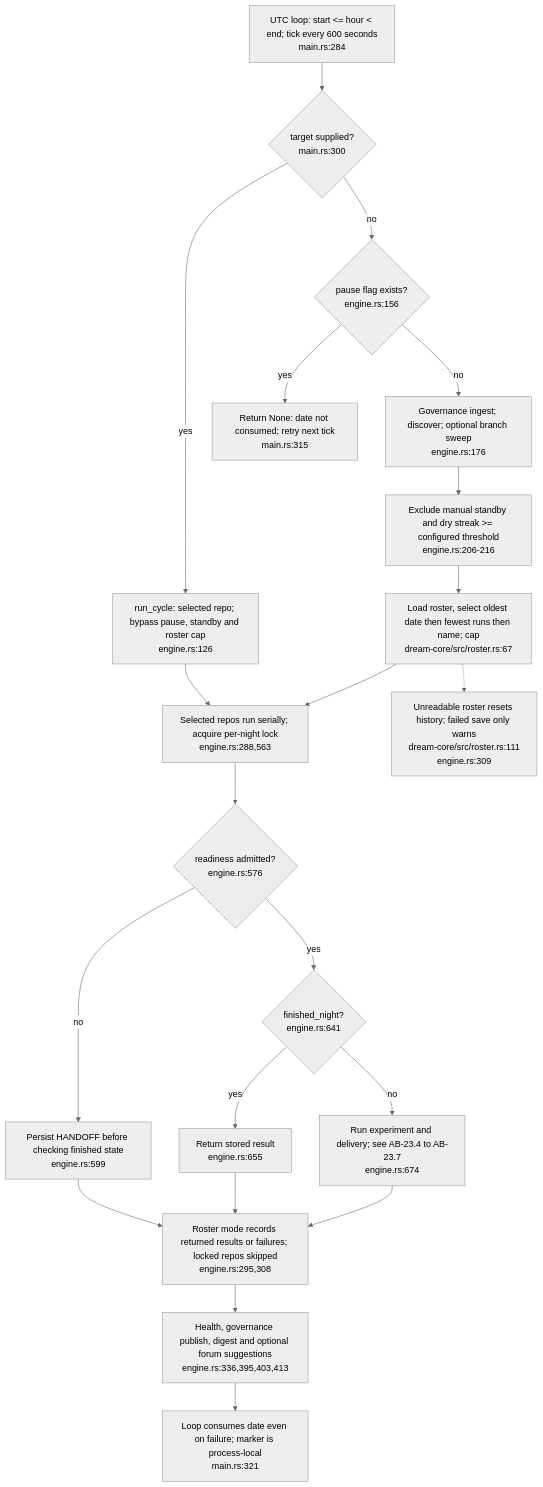
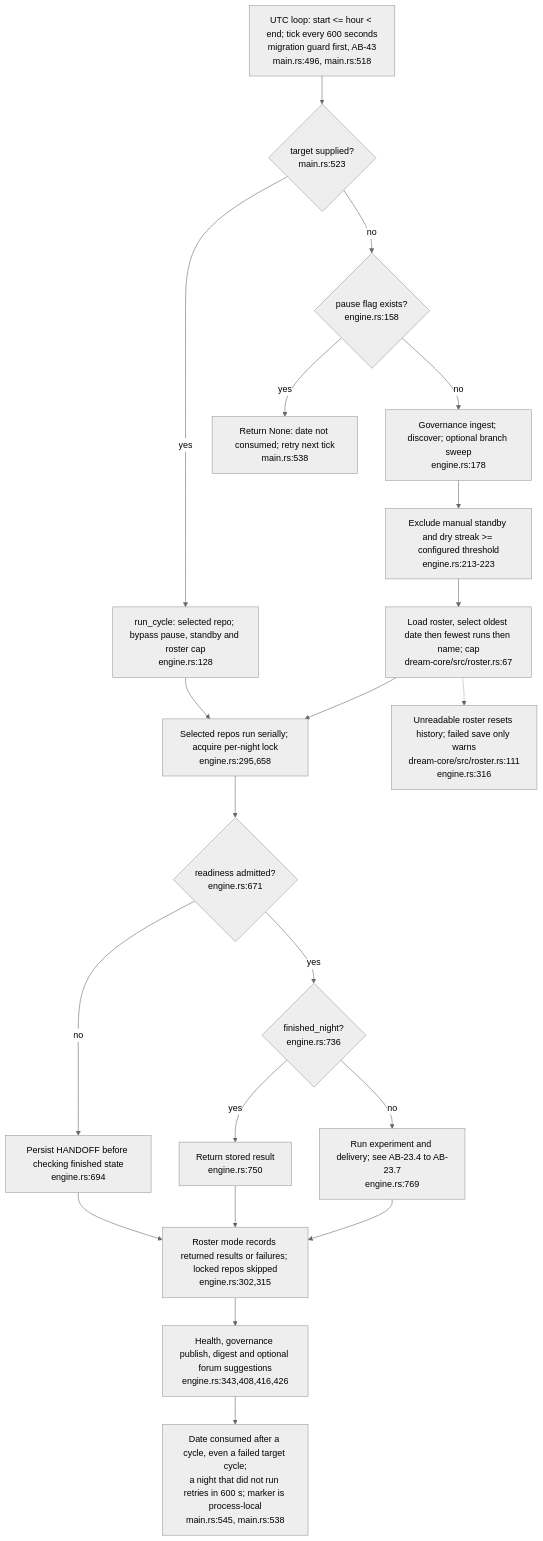
Before and after one commit to DreamLab-AI/VisionFlow: the second of 24 diagrams in docs/diagrams/agentbox/23-dream-engine.md, drawn with Mermaid (neutral theme). The commit also changed other lines of this file, not shown here.

First line of the commit message:
docs(diagrams): re-stamp AB-23 dream engine at agentbox 720e0d896 and dream-engine b40d507

````diff
--- a/docs/diagrams/agentbox/23-dream-engine.md
+++ b/docs/diagrams/agentbox/23-dream-engine.md
@@ -141,25 +141,25 @@
 ```mermaid
 flowchart TB
-    LOOP["UTC loop: start <= hour < end; tick every 600 seconds<br/>main.rs:284"]
-    TARGET{"target supplied?<br/>main.rs:300"}
+    LOOP["UTC loop: start <= hour < end; tick every 600 seconds<br/>migration guard first, AB-43<br/>main.rs:496, main.rs:518"]
+    TARGET{"target supplied?<br/>main.rs:523"}
     LOOP --> TARGET
-    TARGET -->|yes| SINGLE["run_cycle: selected repo; bypass pause, standby and roster cap<br/>engine.rs:126"]
-    TARGET -->|no| PAUSE{"pause flag exists?<br/>engine.rs:156"}
-    PAUSE -->|yes| RETRY["Return None: date not consumed; retry next tick<br/>main.rs:315"]
-    PAUSE -->|no| NIGHT["Governance ingest; discover; optional branch sweep<br/>engine.rs:176"]
-    NIGHT --> FILTER["Exclude manual standby and dry streak >= configured threshold<br/>engine.rs:206-216"]
+    TARGET -->|yes| SINGLE["run_cycle: selected repo; bypass pause, standby and roster cap<br/>engine.rs:128"]
+    TARGET -->|no| PAUSE{"pause flag exists?<br/>engine.rs:158"}
+    PAUSE -->|yes| RETRY["Return None: date not consumed; retry next tick<br/>main.rs:538"]
+    PAUSE -->|no| NIGHT["Governance ingest; discover; optional branch sweep<br/>engine.rs:178"]
+    NIGHT --> FILTER["Exclude manual standby and dry streak >= configured threshold<br/>engine.rs:213-223"]
     FILTER --> ROS["Load roster, select oldest date then fewest runs then name; cap<br/>dream-core/src/roster.rs:67"]
-    ROS --> LOCK["Selected repos run serially; acquire per-night lock<br/>engine.rs:288,563"]
+    ROS --> LOCK["Selected repos run serially; acquire per-night lock<br/>engine.rs:295,658"]
     SINGLE --> LOCK
-    LOCK --> READY{"readiness admitted?<br/>engine.rs:576"}
-    READY -->|no| HAND["Persist HANDOFF before checking finished state<br/>engine.rs:599"]
-    READY -->|yes| DONE{"finished_night?<br/>engine.rs:641"}
-    DONE -->|yes| OLD["Return stored result<br/>engine.rs:655"]
-    DONE -->|no| CYCLE["Run experiment and delivery; see AB-23.4 to AB-23.7<br/>engine.rs:674"]
-    HAND --> RECORD["Roster mode records returned results or failures; locked repos skipped<br/>engine.rs:295,308"]
+    LOCK --> READY{"readiness admitted?<br/>engine.rs:671"}
+    READY -->|no| HAND["Persist HANDOFF before checking finished state<br/>engine.rs:694"]
+    READY -->|yes| DONE{"finished_night?<br/>engine.rs:736"}
+    DONE -->|yes| OLD["Return stored result<br/>engine.rs:750"]
+    DONE -->|no| CYCLE["Run experiment and delivery; see AB-23.4 to AB-23.7<br/>engine.rs:769"]
+    HAND --> RECORD["Roster mode records returned results or failures; locked repos skipped<br/>engine.rs:302,315"]
     OLD --> RECORD
     CYCLE --> RECORD
-    RECORD --> HEALTH["Health, governance publish, digest and optional forum suggestions<br/>engine.rs:336,395,403,413"]
-    HEALTH --> DATE["Loop consumes date even on failure; marker is process-local<br/>main.rs:321"]
-    ROS -.-> LOSS["Unreadable roster resets history; failed save only warns<br/>dream-core/src/roster.rs:111<br/>engine.rs:309"]
+    RECORD --> HEALTH["Health, governance publish, digest and optional forum suggestions<br/>engine.rs:343,408,416,426"]
+    HEALTH --> DATE["Date consumed after a cycle, even a failed target cycle;<br/>a night that did not run retries in 600 s; marker is process-local<br/>main.rs:545, main.rs:538"]
+    ROS -.-> LOSS["Unreadable roster resets history; failed save only warns<br/>dream-core/src/roster.rs:111<br/>engine.rs:316"]
 ```
````
